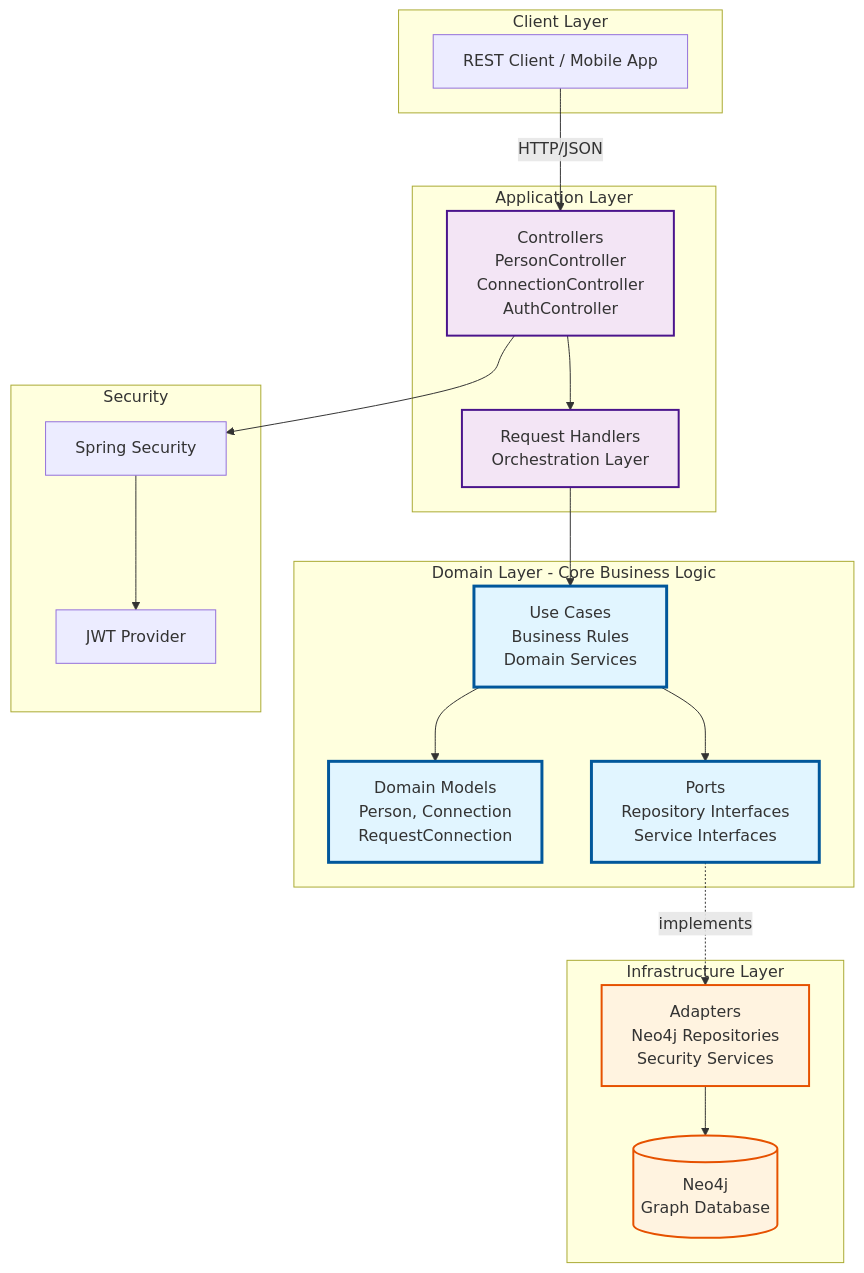
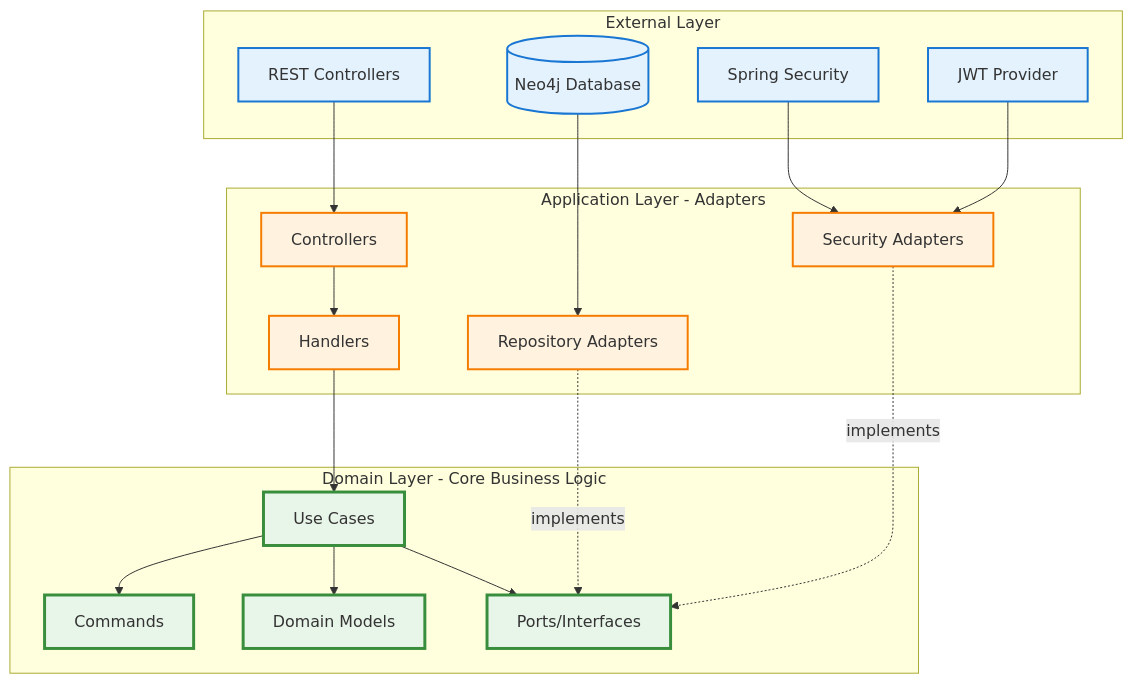
One commit to Luca5Eckert/vinculo changed the first of 6 diagrams in README.md. Above: the diagram before and after it, drawn with Mermaid. The commit also changed other lines of this file, not shown here.

Commit message:
chore: add architecture diagrams for Clean Architecture, DDD modules, and request flow (#4)

````diff
--- a/README.md
+++ b/README.md
@@ -191,45 +94,43 @@
 ```mermaid
 graph TB
-    subgraph "Client Layer"
-        CLIENT[REST Client / Mobile App]
+    subgraph "External Layer"
+        REST[REST Controllers]
+        DB[(Neo4j Database)]
+        SEC[Spring Security]
+        JWT[JWT Provider]
     end
     
-    subgraph "Application Layer"
-        CONTROLLER[Controllers<br/>PersonController<br/>ConnectionController<br/>AuthController]
-        HANDLER[Request Handlers<br/>Orchestration Layer]
+    subgraph "Application Layer - Adapters"
+        CTRL[Controllers]
+        HANDLER[Handlers]
+        REPO_IMPL[Repository Adapters]
+        SEC_ADAPTER[Security Adapters]
     end
     
     subgraph "Domain Layer - Core Business Logic"
-        USECASE[Use Cases<br/>Business Rules<br/>Domain Services]
-        MODEL[Domain Models<br/>Person, Connection<br/>RequestConnection]
-        PORT[Ports<br/>Repository Interfaces<br/>Service Interfaces]
+        UC[Use Cases]
+        CMD[Commands]
+        MODEL[Domain Models]
+        PORT[Ports/Interfaces]
     end
     
-    subgraph "Infrastructure Layer"
-        ADAPTER[Adapters<br/>Neo4j Repositories<br/>Security Services]
-        NEO4J[(Neo4j<br/>Graph Database)]
-    end
+    REST --> CTRL
+    CTRL --> HANDLER
+    HANDLER --> UC
+    UC --> CMD
+    UC --> PORT
+    REPO_IMPL -.implements.-> PORT
+    SEC_ADAPTER -.implements.-> PORT
+    DB --> REPO_IMPL
+    SEC --> SEC_ADAPTER
+    JWT --> SEC_ADAPTER
+    UC --> MODEL
     
-    subgraph "Security"
-        JWT[JWT Provider]
-        SPRING_SEC[Spring Security]
-    end
+    classDef external fill:#e3f2fd,stroke:#1976d2,stroke-width:2px
+    classDef adapter fill:#fff3e0,stroke:#f57c00,stroke-width:2px
+    classDef domain fill:#e8f5e9,stroke:#388e3c,stroke-width:3px
     
-    CLIENT -->|HTTP/JSON| CONTROLLER
-    CONTROLLER --> HANDLER
-    HANDLER --> USECASE
-    USECASE --> MODEL
-    USECASE --> PORT
-    PORT -.->|implements| ADAPTER
-    ADAPTER --> NEO4J
-    CONTROLLER --> SPRING_SEC
-    SPRING_SEC --> JWT
-    
-    classDef domain fill:#e1f5ff,stroke:#01579b,stroke-width:3px
-    classDef infra fill:#fff3e0,stroke:#e65100,stroke-width:2px
-    classDef app fill:#f3e5f5,stroke:#4a148c,stroke-width:2px
-    
-    class USECASE,MODEL,PORT domain
-    class ADAPTER,NEO4J infra
-    class CONTROLLER,HANDLER app
+    class REST,DB,SEC,JWT external
+    class CTRL,HANDLER,REPO_IMPL,SEC_ADAPTER adapter
+    class UC,CMD,MODEL,PORT domain
 ```
````
